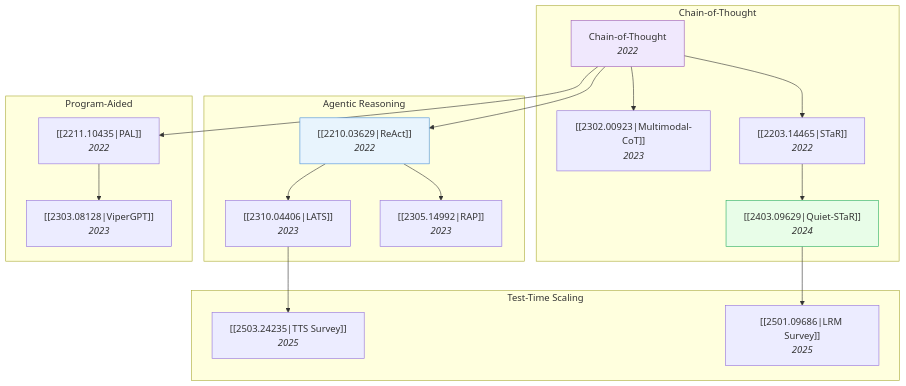
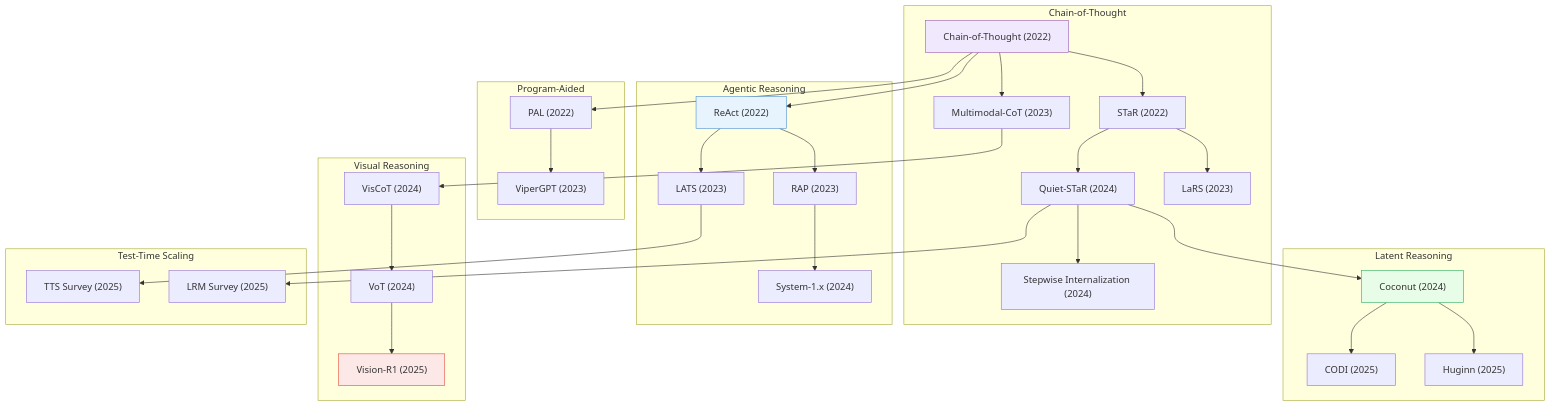
The diagram in General/03_Reasoning-and-Planning.md (ChuaHanChong/ResearchBrain), drawn with Mermaid before and after one commit. The commit also changed other lines of this file and 53 other files, not shown here.

````diff
--- a/General/03_Reasoning-and-Planning.md
+++ b/General/03_Reasoning-and-Planning.md
@@ -20,37 +20,60 @@
 ```mermaid
 graph TD
     subgraph "Chain-of-Thought"
-        A["Chain-of-Thought<br/><i>2022</i>"]
-        B["[[2302.00923|Multimodal-CoT]]<br/><i>2023</i>"]
-        C["[[2203.14465|STaR]]<br/><i>2022</i>"]
-        D["[[2403.09629|Quiet-STaR]]<br/><i>2024</i>"]
+        A["Chain-of-Thought (2022)"]
+        B["Multimodal-CoT (2023)"]
+        C["STaR (2022)"]
+        D["Quiet-STaR (2024)"]
+        E["Stepwise Internalization (2024)"]
+        F["LaRS (2023)"]
     end
 
     subgraph "Agentic Reasoning"
-        E["[[2210.03629|ReAct]]<br/><i>2022</i>"]
-        F["[[2310.04406|LATS]]<br/><i>2023</i>"]
-        G["[[2305.14992|RAP]]<br/><i>2023</i>"]
+        G["ReAct (2022)"]
+        H["LATS (2023)"]
+        I["RAP (2023)"]
+        J["System-1.x (2024)"]
     end
 
     subgraph "Program-Aided"
-        H["[[2211.10435|PAL]]<br/><i>2022</i>"]
-        I["[[2303.08128|ViperGPT]]<br/><i>2023</i>"]
+        K["PAL (2022)"]
+        L["ViperGPT (2023)"]
+    end
+
+    subgraph "Latent Reasoning"
+        M["Coconut (2024)"]
+        N["CODI (2025)"]
+        O["Huginn (2025)"]
+    end
+
+    subgraph "Visual Reasoning"
+        P["VisCoT (2024)"]
+        Q["VoT (2024)"]
+        R["Vision-R1 (2025)"]
     end
 
     subgraph "Test-Time Scaling"
-        J["[[2503.24235|TTS Survey]]<br/><i>2025</i>"]
-        K["[[2501.09686|LRM Survey]]<br/><i>2025</i>"]
+        S["TTS Survey (2025)"]
+        T["LRM Survey (2025)"]
     end
 
     A --> B
     A --> C --> D
-    A --> E --> F
-    E --> G
-    A --> H --> I
-    D --> K
-    F --> J
+    D --> E
+    C --> F
+    A --> G --> H
+    G --> I
+    I --> J
+    A --> K --> L
+    D --> M --> N
+    M --> O
+    B --> P --> Q
+    Q --> R
+    D --> T
+    H --> S
 
     style A fill:#f0e8fd,stroke:#9b59b6
-    style E fill:#e8f4fd,stroke:#4a90d9
-    style D fill:#e8fde8,stroke:#27ae60
+    style G fill:#e8f4fd,stroke:#4a90d9
+    style M fill:#e8fde8,stroke:#27ae60
+    style R fill:#fde8e8,stroke:#e74c3c
 ```
````
